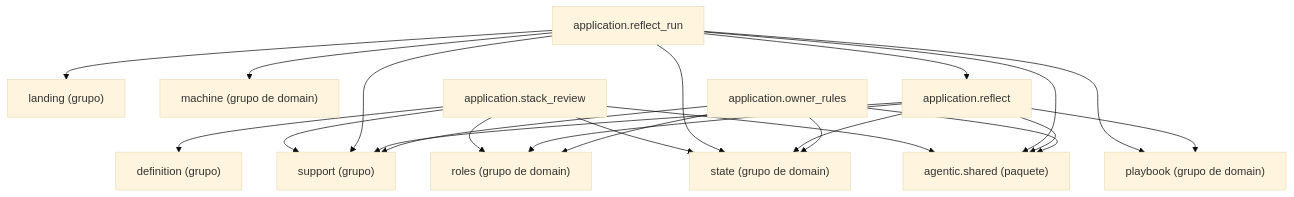
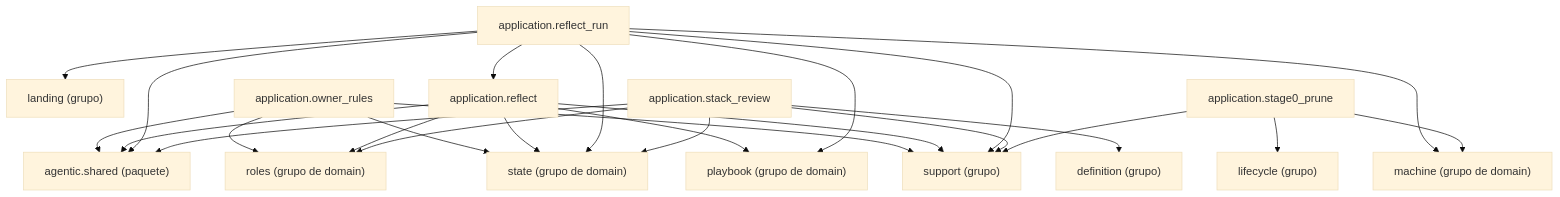
The diagram in docs/architecture/generated/packages-process-application-reflection.md (GonzaloZevallos/agentic-system), drawn with Mermaid (base theme) before and after one commit. The commit also changed other lines of this file and 15 other files, not shown here.

Commit message:
Move stage0_prune to the reflection docs cluster so the package pages stay within the cap

````diff
--- a/docs/architecture/generated/packages-process-application-reflection.md
+++ b/docs/architecture/generated/packages-process-application-reflection.md
@@ -17,36 +16,41 @@
 ```mermaid
 graph TD
     g_application__definition["definition (grupo)"]
     g_application__landing["landing (grupo)"]
+    g_application__lifecycle["lifecycle (grupo)"]
     g_application__support["support (grupo)"]
     g_domain__machine["machine (grupo de domain)"]
     g_domain__playbook["playbook (grupo de domain)"]
     g_domain__roles["roles (grupo de domain)"]
     g_domain__state["state (grupo de domain)"]
     g_pkg__agentic__shared["agentic.shared (paquete)"]
     m_application__owner_rules["application.owner_rules"]
     m_application__reflect["application.reflect"]
     m_application__reflect_run["application.reflect_run"]
     m_application__stack_review["application.stack_review"]
+    m_application__stage0_prune["application.stage0_prune"]
     m_application__owner_rules --> g_application__support
     m_application__owner_rules --> g_domain__roles
     m_application__owner_rules --> g_domain__state
     m_application__owner_rules --> g_pkg__agentic__shared
     m_application__reflect --> g_application__support
     m_application__reflect --> g_domain__playbook
     m_application__reflect --> g_domain__roles
     m_application__reflect --> g_domain__state
     m_application__reflect --> g_pkg__agentic__shared
     m_application__reflect_run --> g_application__landing
     m_application__reflect_run --> g_application__support
     m_application__reflect_run --> g_domain__machine
     m_application__reflect_run --> g_domain__playbook
     m_application__reflect_run --> g_domain__state
     m_application__reflect_run --> g_pkg__agentic__shared
     m_application__reflect_run --> m_application__reflect
     m_application__stack_review --> g_application__definition
     m_application__stack_review --> g_application__support
     m_application__stack_review --> g_domain__roles
     m_application__stack_review --> g_domain__state
     m_application__stack_review --> g_pkg__agentic__shared
+    m_application__stage0_prune --> g_application__lifecycle
+    m_application__stage0_prune --> g_application__support
+    m_application__stage0_prune --> g_domain__machine
 ```
````
